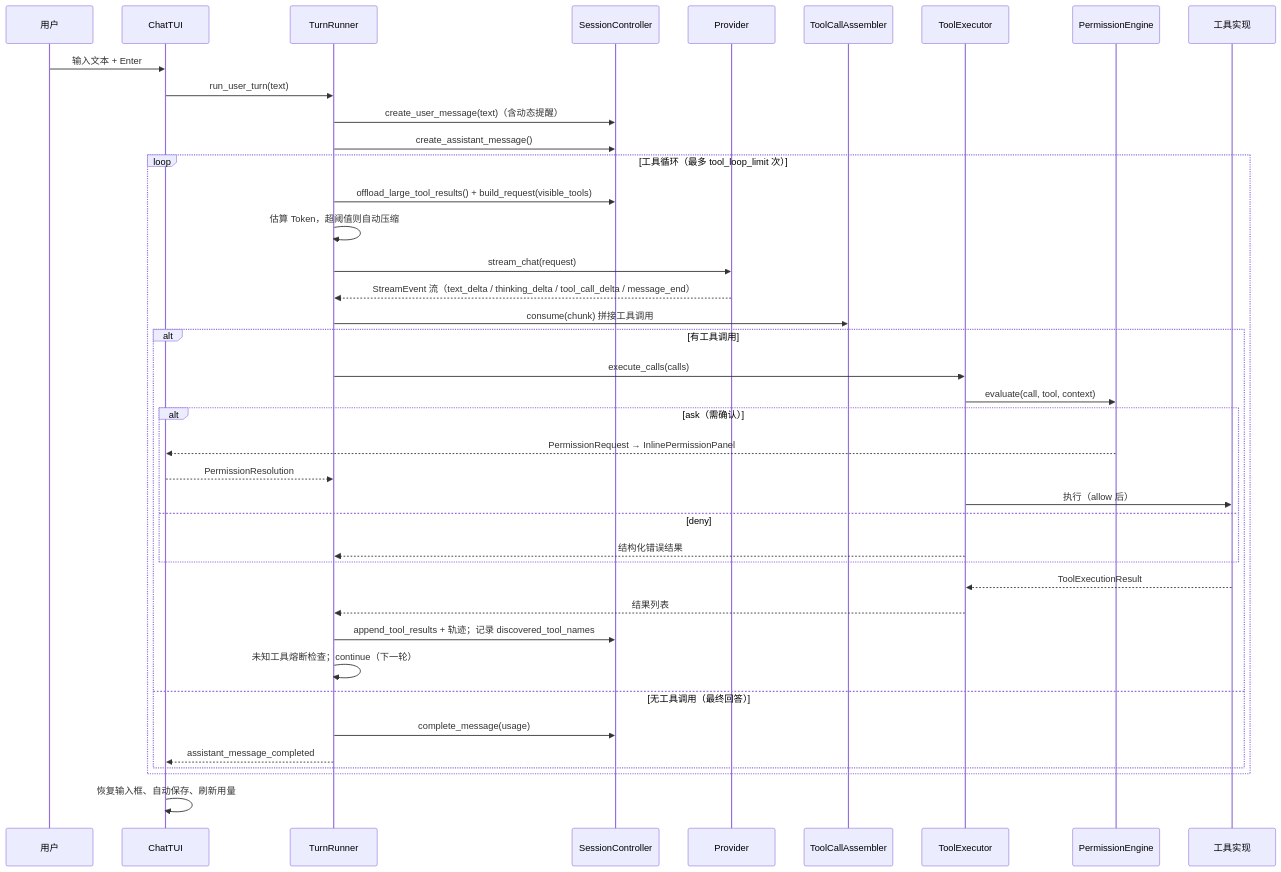
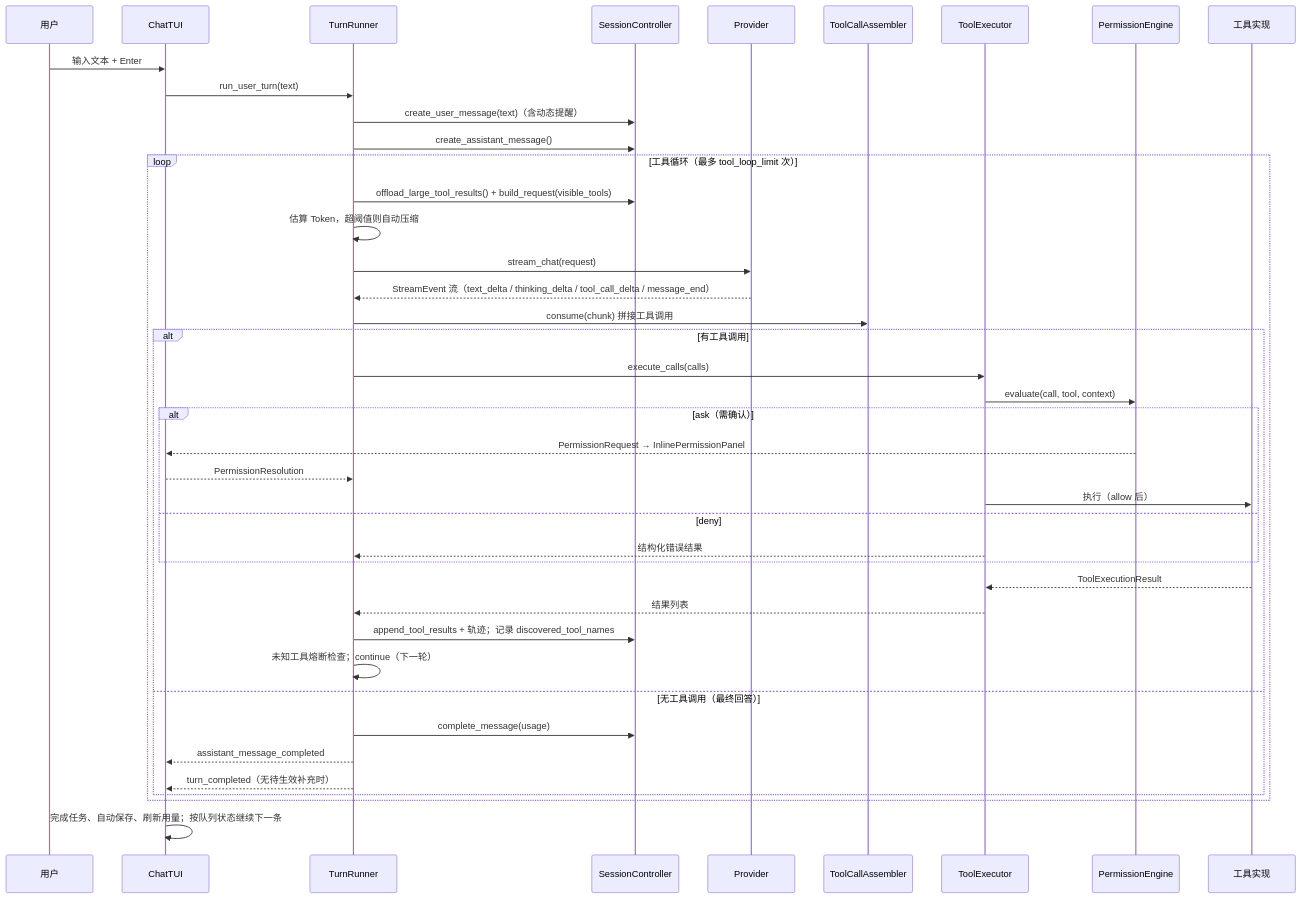
Before and after one commit to LangYiSheng/LanCher-Code: the diagram in docs/workflows/user-turn.md, drawn with Mermaid. The commit also changed other lines of this file and 64 other files, not shown here.

````diff
--- a/docs/workflows/user-turn.md
+++ b/docs/workflows/user-turn.md
@@ -7,43 +7,44 @@
 ```mermaid
 sequenceDiagram
     participant U as 用户
     participant T as ChatTUI
     participant TR as TurnRunner
     participant S as SessionController
     participant P as Provider
     participant ASM as ToolCallAssembler
     participant EX as ToolExecutor
     participant PE as PermissionEngine
     participant TOOL as 工具实现
 
     U->>T: 输入文本 + Enter
     T->>TR: run_user_turn(text)
     TR->>S: create_user_message(text)（含动态提醒）
     TR->>S: create_assistant_message()
     loop 工具循环（最多 tool_loop_limit 次）
         TR->>S: offload_large_tool_results() + build_request(visible_tools)
         TR->>TR: 估算 Token，超阈值则自动压缩
         TR->>P: stream_chat(request)
         P-->>TR: StreamEvent 流（text_delta / thinking_delta / tool_call_delta / message_end）
         TR->>ASM: consume(chunk) 拼接工具调用
         alt 有工具调用
             TR->>EX: execute_calls(calls)
             EX->>PE: evaluate(call, tool, context)
             alt ask（需确认）
                 PE-->>T: PermissionRequest → InlinePermissionPanel
                 T-->>TR: PermissionResolution
                 EX->>TOOL: 执行（allow 后）
             else deny
                 EX-->>TR: 结构化错误结果
             end
             TOOL-->>EX: ToolExecutionResult
             EX-->>TR: 结果列表
             TR->>S: append_tool_results + 轨迹；记录 discovered_tool_names
             TR->>TR: 未知工具熔断检查；continue（下一轮）
         else 无工具调用（最终回答）
             TR->>S: complete_message(usage)
             TR-->>T: assistant_message_completed
+            TR-->>T: turn_completed（无待生效补充时）
         end
     end
-    T->>T: 恢复输入框、自动保存、刷新用量
+    T->>T: 完成任务、自动保存、刷新用量；按队列状态继续下一条
 ```
````
